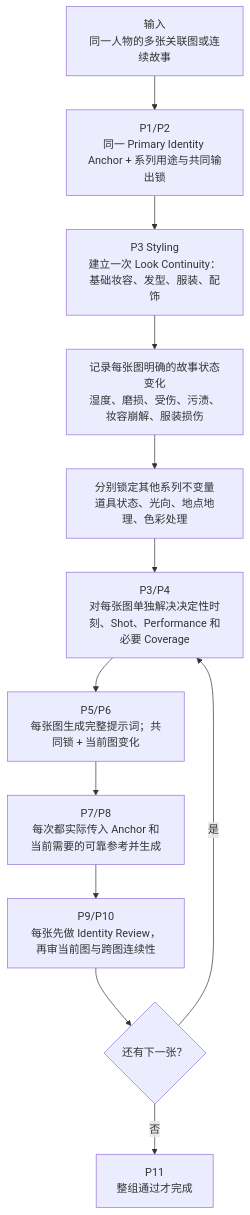
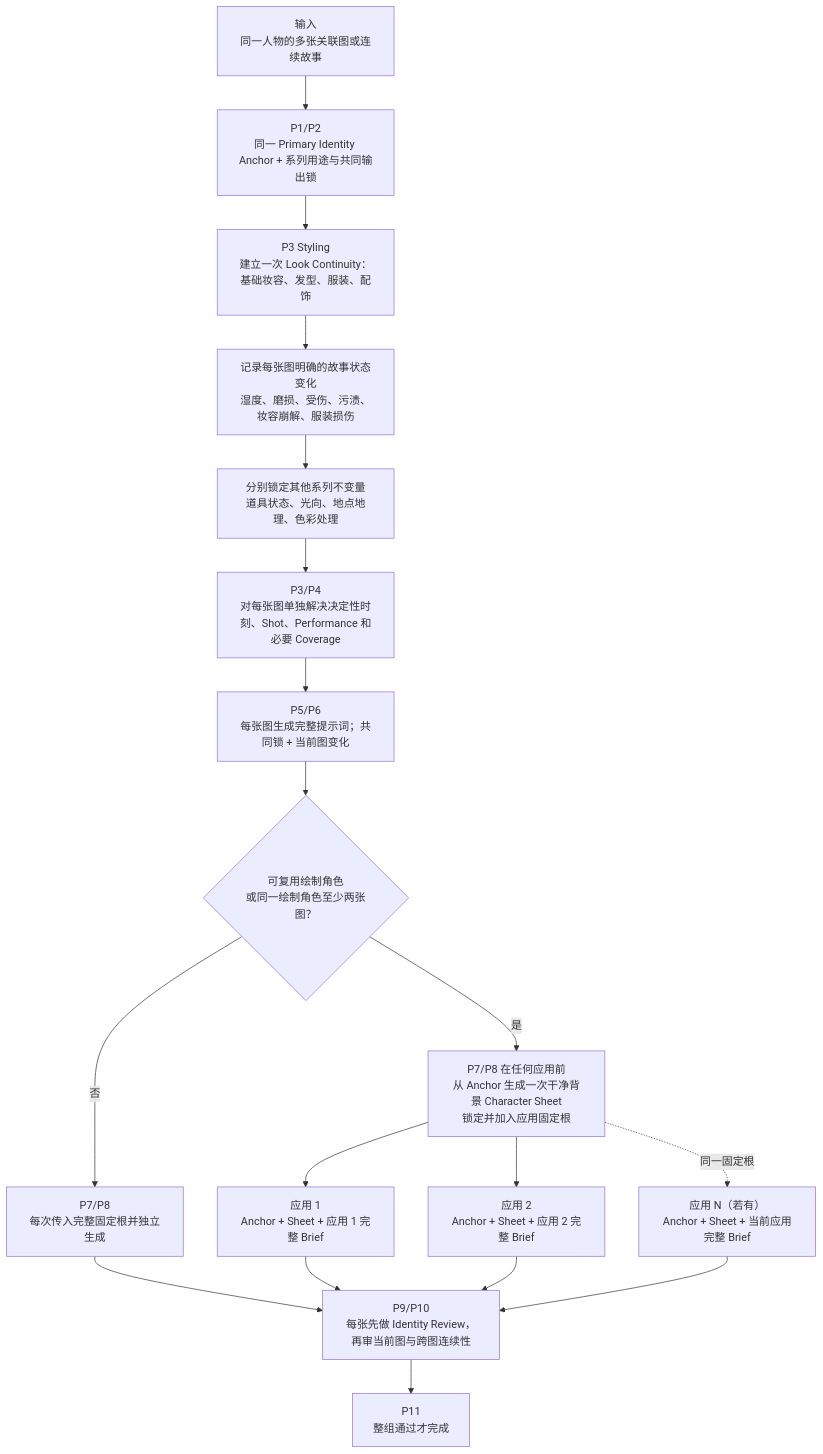
One commit to cyaoc/cast-me changed diagram 11 of 13 in docs/architecture.md. Above: the diagram before and after it, drawn with Mermaid. The commit also changed other lines of this file and 6 other files, not shown here.

Commit message:
feat: anchor drawn applications to one character sheet

````diff
--- a/docs/architecture.md
+++ b/docs/architecture.md
@@ -372,14 +375,20 @@
 ```mermaid
 flowchart TD
     U["输入<br/>同一人物的多张关联图或连续故事"] --> BASE["P1/P2<br/>同一 Primary Identity Anchor + 系列用途与共同输出锁"]
     BASE --> LOOK["P3 Styling<br/>建立一次 Look Continuity：基础妆容、发型、服装、配饰"]
     LOOK --> EVOLVE["记录每张图明确的故事状态变化<br/>湿度、磨损、受伤、污渍、妆容崩解、服装损伤"]
     EVOLVE --> OTHER["分别锁定其他系列不变量<br/>道具状态、光向、地点地理、色彩处理"]
     OTHER --> EACH["P3/P4<br/>对每张图单独解决决定性时刻、Shot、Performance 和必要 Coverage"]
     EACH --> P["P5/P6<br/>每张图生成完整提示词；共同锁 + 当前图变化"]
-    P --> I["P7/P8<br/>每次都实际传入 Anchor 和当前需要的可靠参考并生成"]
+    P --> DRAWN{"可复用绘制角色<br/>或同一绘制角色至少两张图？"}
+    DRAWN -- 否 --> I["P7/P8<br/>每次传入完整固定根并独立生成"]
+    DRAWN -- 是 --> SHEET["P7/P8 在任何应用前<br/>从 Anchor 生成一次干净背景 Character Sheet<br/>锁定并加入应用固定根"]
+    SHEET --> A1["应用 1<br/>Anchor + Sheet + 应用 1 完整 Brief"]
+    SHEET --> A2["应用 2<br/>Anchor + Sheet + 应用 2 完整 Brief"]
+    SHEET -. 同一固定根 .-> AN["应用 N（若有）<br/>Anchor + Sheet + 当前应用完整 Brief"]
     I --> R["P9/P10<br/>每张先做 Identity Review，再审当前图与跨图连续性"]
-    R --> MORE{"还有下一张？"}
-    MORE -- 是 --> EACH
-    MORE -- 否 --> O["P11<br/>整组通过才完成"]
+    A1 --> R
+    A2 --> R
+    AN --> R
+    R --> O["P11<br/>整组通过才完成"]
 ```
````
